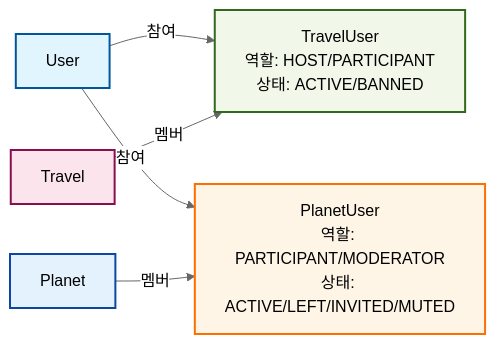
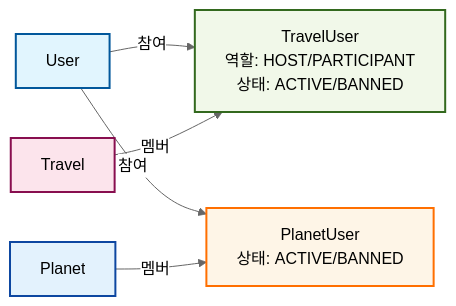
One commit to maximizest/connecto-nest changed the fourth of 6 diagrams in .md/entity-relationship-diagram.md. Above: the diagram before and after it, drawn with Mermaid (neutral theme). The commit also changed other lines of this file and 5 other files, not shown here.

Commit message:
플래닛 사용자 엔티티에서 역할 및 상태 필드 제거: PlanetUser 엔티티에서 역할 필드를 삭제하고, 상태를 ACTIVE/BANNED로 단순화함. 관련 마이그레이션 파일을 추가하여 데이터베이스 구조를 업데이트하고, API 문서에서 변경 사항을 반영함.

````diff
--- a/.md/entity-relationship-diagram.md
+++ b/.md/entity-relationship-diagram.md
@@ -86,19 +86,19 @@
 ```mermaid
 graph LR
     User[User]
     Travel[Travel]
     Planet[Planet]
     TravelUser[TravelUser<br/>역할: HOST/PARTICIPANT<br/>상태: ACTIVE/BANNED]
-    PlanetUser[PlanetUser<br/>역할: PARTICIPANT/MODERATOR<br/>상태: ACTIVE/LEFT/INVITED/MUTED]
+    PlanetUser[PlanetUser<br/>상태: ACTIVE/BANNED]
     
     User -->|참여| TravelUser
     Travel -->|멤버| TravelUser
     User -->|참여| PlanetUser
     Planet -->|멤버| PlanetUser
     
     style User fill:#e1f5fe,stroke:#01579b,stroke-width:2px,color:#000
     style Travel fill:#fce4ec,stroke:#880e4f,stroke-width:2px,color:#000
     style Planet fill:#e3f2fd,stroke:#0d47a1,stroke-width:2px,color:#000
     style TravelUser fill:#f1f8e9,stroke:#33691e,stroke-width:2px,color:#000
     style PlanetUser fill:#fef5e7,stroke:#ff6f00,stroke-width:2px,color:#000
 ```
````
